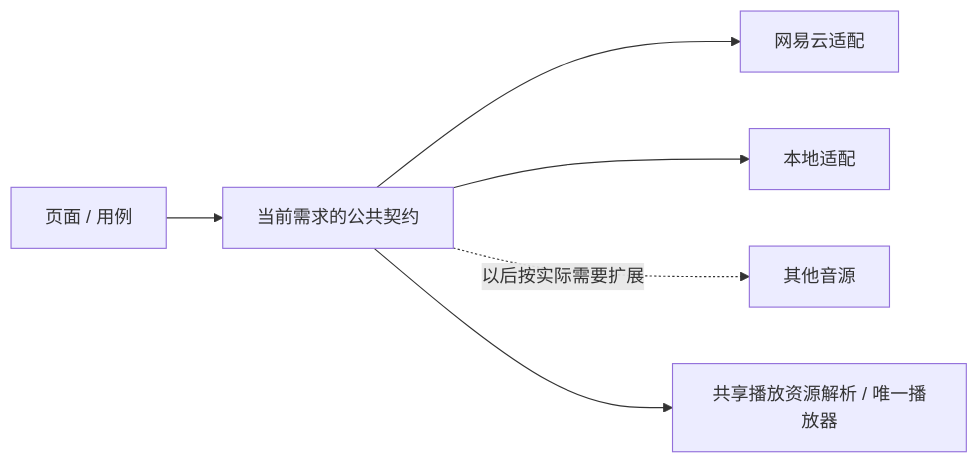
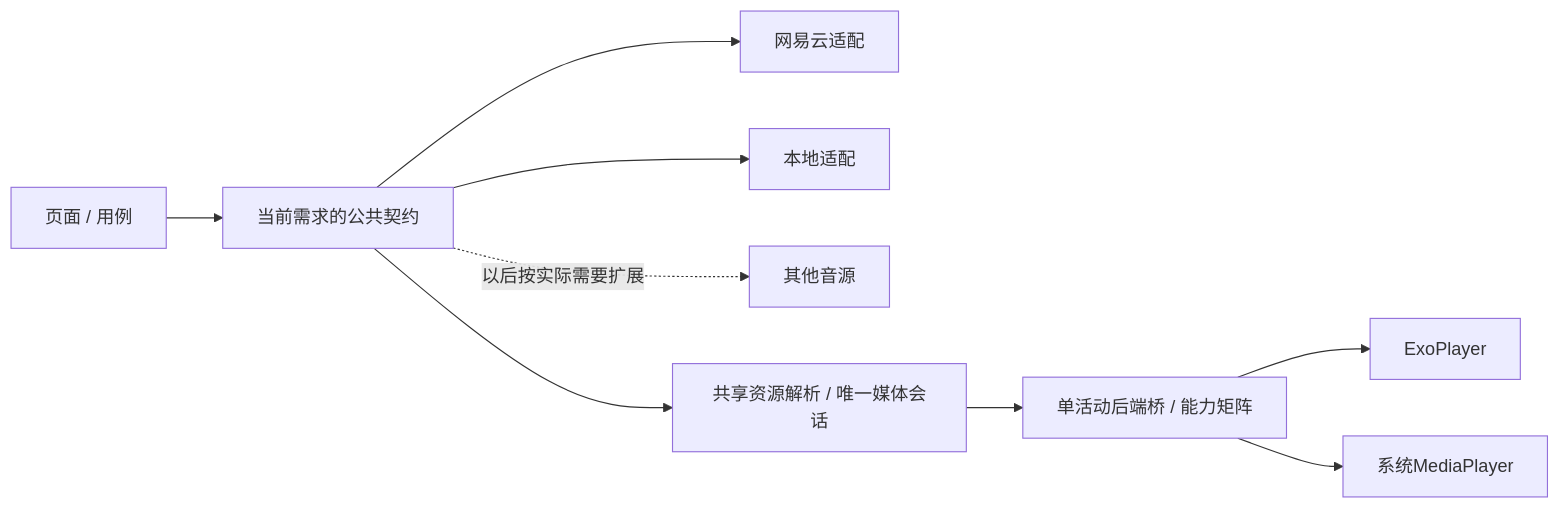
One commit to OnlineMo/MeloX-Watch changed the diagram in docs/18-通用音源接口预留.md. Above: the diagram before and after it, drawn with Mermaid. The commit also changed other lines of this file and 32 other files, not shown here.

````diff
--- a/docs/18-通用音源接口预留.md
+++ b/docs/18-通用音源接口预留.md
@@ -11,8 +11,11 @@
 ```mermaid
 flowchart LR
     UI[页面 / 用例] --> CONTRACT[当前需求的公共契约]
     CONTRACT --> N[网易云适配]
     CONTRACT --> L[本地适配]
     CONTRACT -. 以后按实际需要扩展 .-> X[其他音源]
-    CONTRACT --> PLAYER[共享播放资源解析 / 唯一播放器]
+    CONTRACT --> PLAYER[共享资源解析 / 唯一媒体会话]
+    PLAYER --> BRIDGE[单活动后端桥 / 能力矩阵]
+    BRIDGE --> EXO[ExoPlayer]
+    BRIDGE --> MP[系统MediaPlayer]
 ```
````
